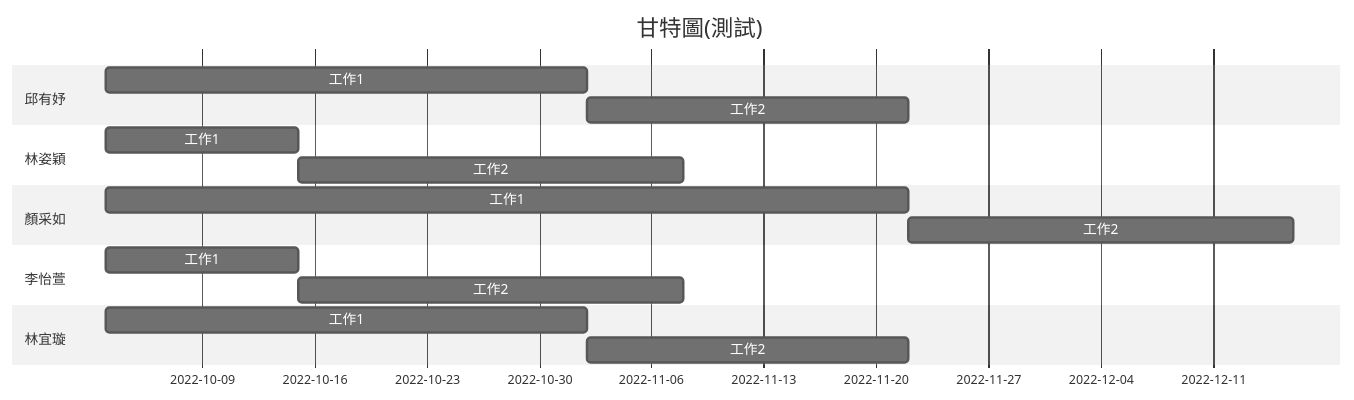
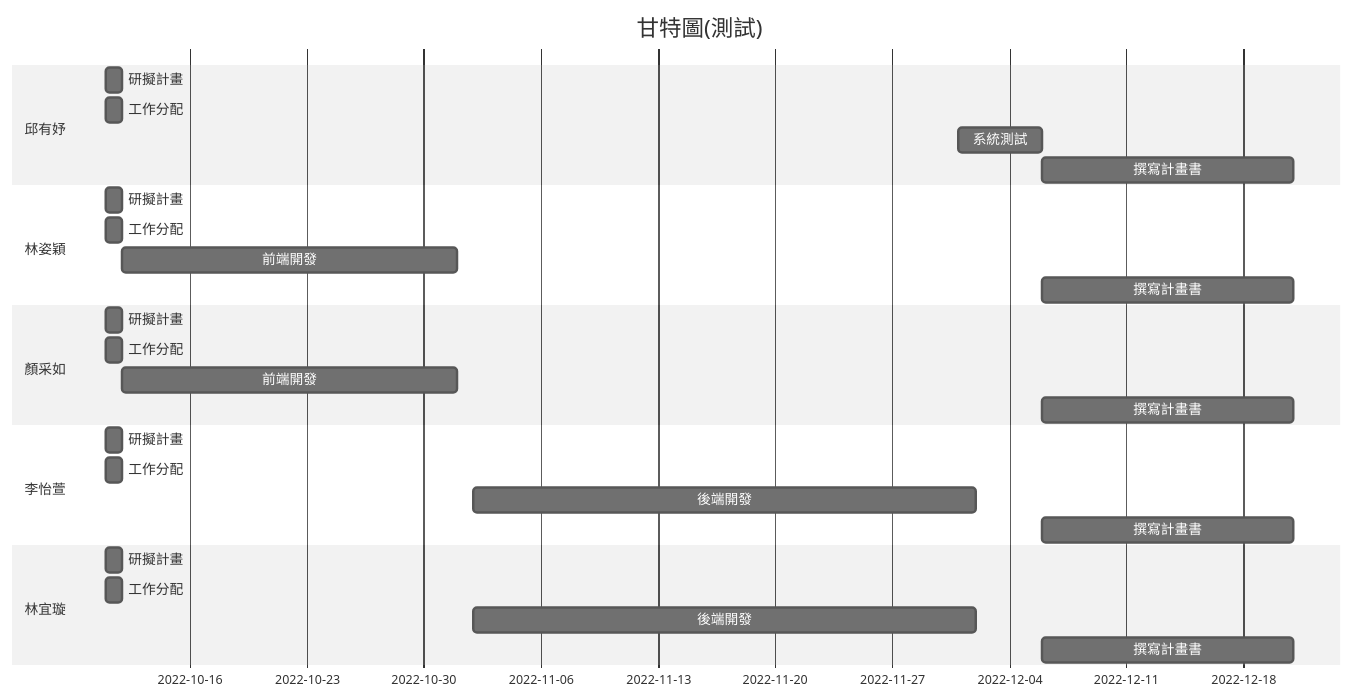
One commit to Hsxxnil/SystemAnalysis-group15 changed the diagram in README.md. Above: the diagram before and after it, drawn with Mermaid (neutral theme). The commit also changed other lines of this file, not shown here.

````diff
--- a/README.md
+++ b/README.md
@@ -11,23 +11,33 @@
 ```mermaid
 gantt
     title 甘特圖(測試)
     section 邱有妤
-    工作1:a1, 2022-10-03, 30d
-    工作2:after a1  , 20d
+    研擬計畫:a1, 2022-10-11, 1d
+    工作分配:a2, 2022-10-11, 1d
+    系統測試:2022-12-01, 5d
+    撰寫計畫書:2022-12-06, 15d
     
     section 林姿穎
-    工作1:2022-10-03  , 12d
-    工作2: 24d
+    研擬計畫:2022-10-11, 1d
+    工作分配:2022-10-11, 1d
+    前端開發:20d
+    撰寫計畫書:2022-12-06, 15d
     
     section 顏采如
-    工作1:2022-10-03, 50d
-    工作2: 24d
+    研擬計畫:2022-10-11, 1d
+    工作分配:2022-10-11, 1d
+    前端開發:20d
+    撰寫計畫書:2022-12-06, 15d
     
     section 李怡萱
-    工作1:2022-10-03  , 12d
-    工作2: 24d
+    研擬計畫:2022-10-11, 1d
+    工作分配:2022-10-11, 1d
+    後端開發:2022-11-02, 30d
+    撰寫計畫書:2022-12-06, 15d
     
     section 林宜璇
-    工作1:a1, 2022-10-03, 30d
-    工作2:after a1  , 20d
+    研擬計畫:2022-10-11, 1d
+    工作分配:2022-10-11, 1d
+    後端開發:2022-11-02, 30d
+    撰寫計畫書:2022-12-06, 15d
 ```
````
